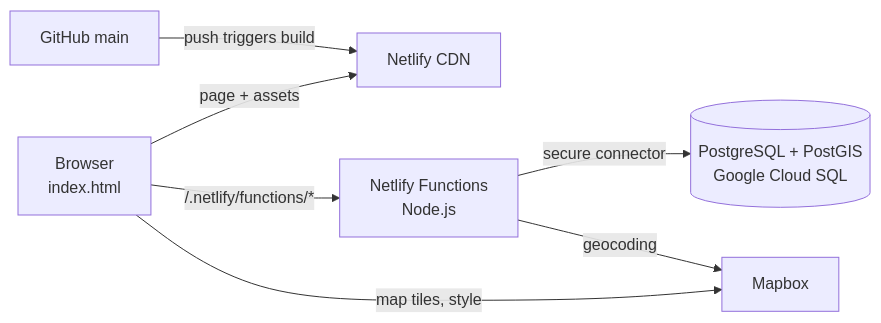
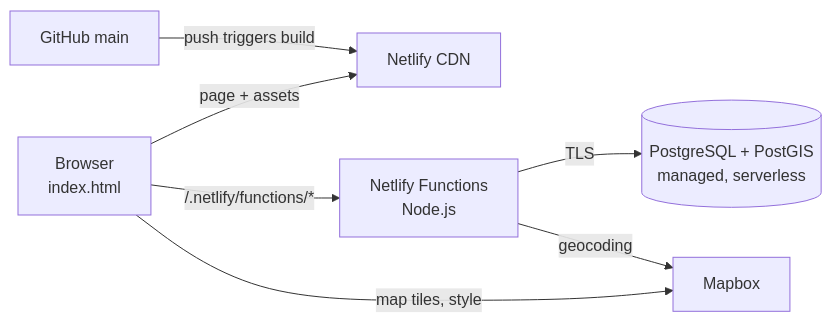
Before and after one commit to landlogic-corp/AssetLogic_POC: the diagram in README.md, drawn with Mermaid. The commit also changed other lines of this file and 15 other files, not shown here.

````diff
--- a/README.md
+++ b/README.md
@@ -27,9 +27,9 @@
 ```mermaid
 flowchart LR
     B["Browser<br/>index.html"] -- "page + assets" --> N["Netlify CDN"]
     B -- "/.netlify/functions/*" --> F["Netlify Functions<br/>Node.js"]
     B -- "map tiles, style" --> M["Mapbox"]
-    F -- "secure connector" --> D[("PostgreSQL + PostGIS<br/>Google Cloud SQL")]
+    F -- "TLS" --> D[("PostgreSQL + PostGIS<br/>managed, serverless")]
     F -- "geocoding" --> M
     G["GitHub main"] -- "push triggers build" --> N
 ```
````
